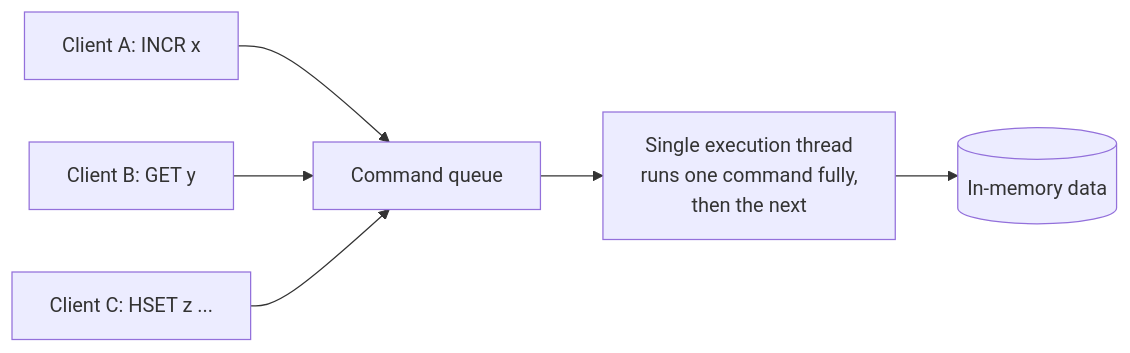
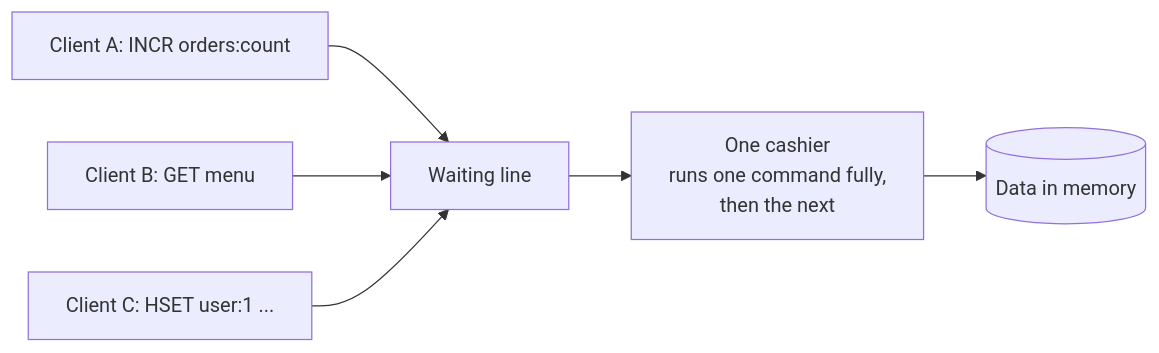
Diagram 11 of 30 in redis.md (selvakumarperumal/Regulatory_Circular_Impact_Agent), drawn with Mermaid before and after one commit. The commit also changed other lines of this file, not shown here.

````diff
--- a/redis.md
+++ b/redis.md
@@ -816,8 +1121,8 @@
 ```mermaid
 flowchart LR
-    C1["Client A: INCR x"] --> Q["Command queue"]
-    C2["Client B: GET y"] --> Q
-    C3["Client C: HSET z ..."] --> Q
-    Q --> T["Single execution thread<br/>runs one command fully,<br/>then the next"]
-    T --> M[("In-memory data")]
+    C1["Client A: INCR orders:count"] --> Q["Waiting line"]
+    C2["Client B: GET menu"] --> Q
+    C3["Client C: HSET user:1 ..."] --> Q
+    Q --> T["One cashier<br/>runs one command fully,<br/>then the next"]
+    T --> M[("Data in memory")]
 ```
````
